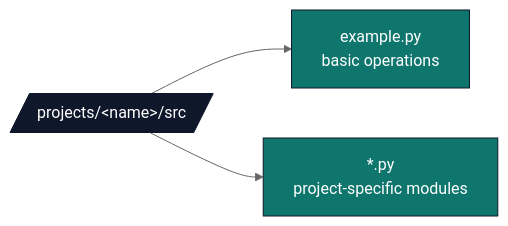
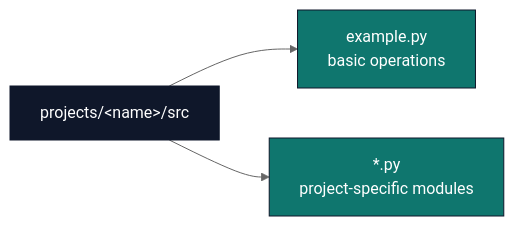
Before and after one commit to docxology/template: the second of 9 diagrams in docs/architecture/two-layer-architecture.md, drawn with Mermaid (neutral theme). The commit also changed other lines of this file and 94 other files, not shown here.

````diff
--- a/docs/architecture/two-layer-architecture.md
+++ b/docs/architecture/two-layer-architecture.md
@@ -94,11 +94,11 @@
 ```mermaid
 flowchart LR
-    SRC[/projects/&lt;name&gt;/src/]
+    SRC[projects/&lt;name&gt;/src]
     SRC --> EX[example.py<br/>basic operations]
     SRC --> OTHER[*.py<br/>project-specific modules]
 
     classDef d fill:#0f172a,stroke:#0f172a,color:#fff
     classDef f fill:#0f766e,stroke:#0f172a,color:#fff
     class SRC d
     class EX,OTHER f
 ```
````
